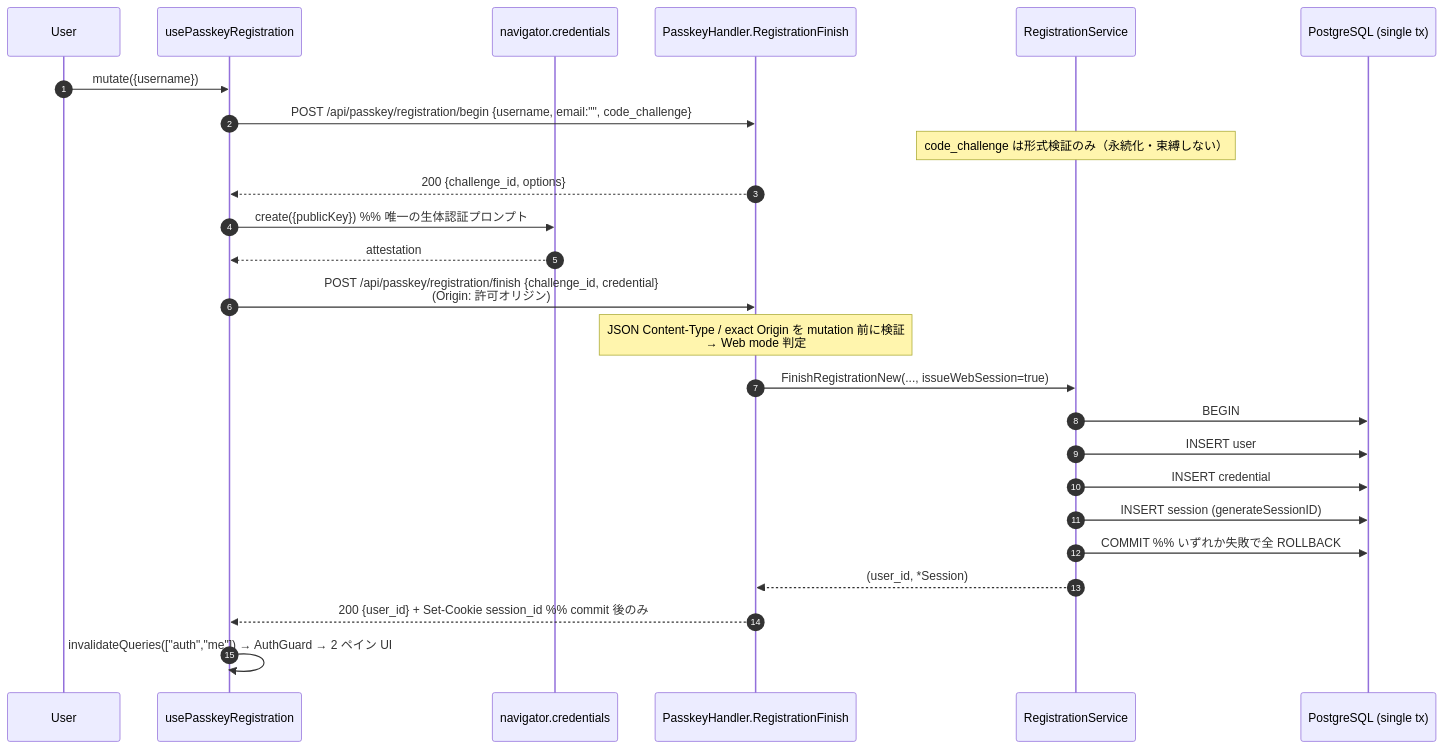
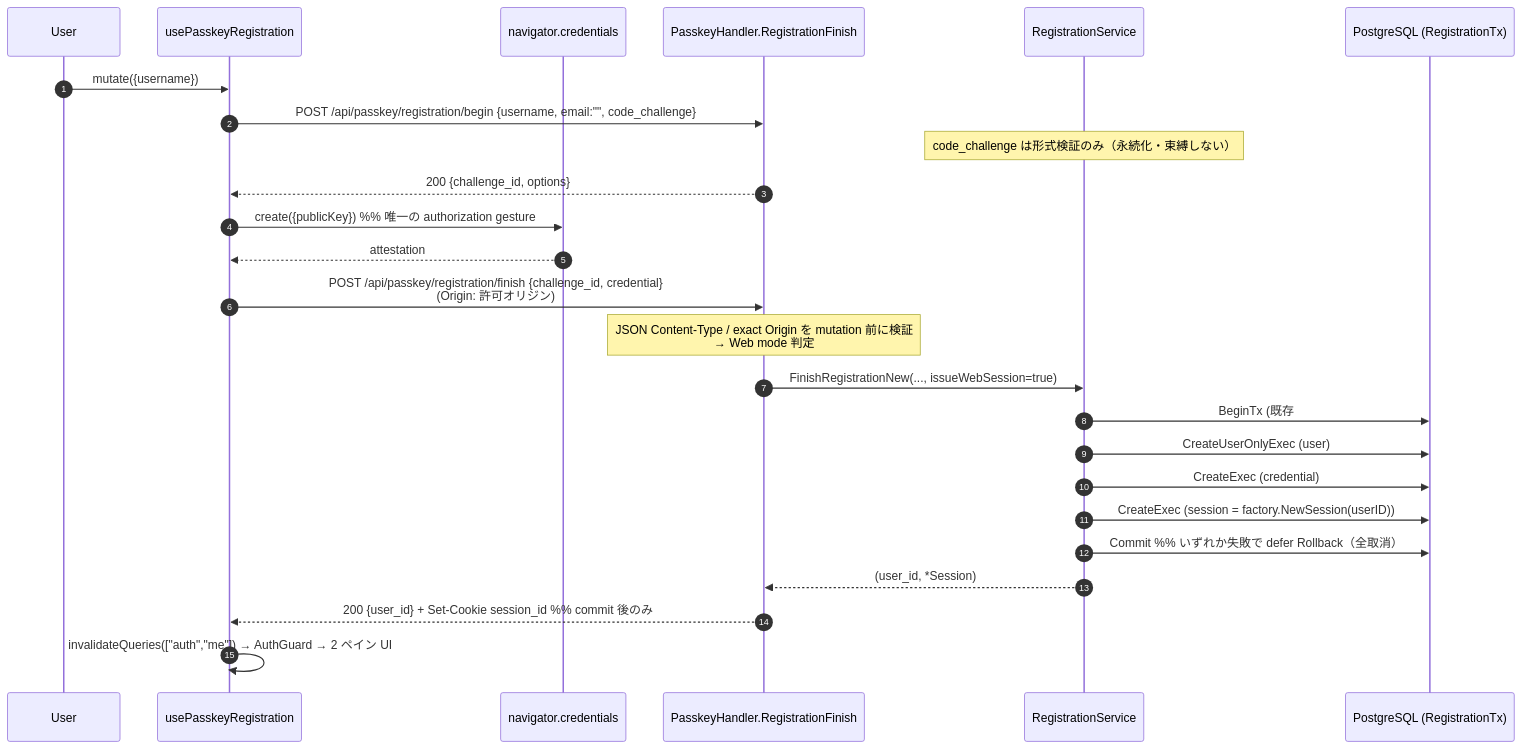
Before and after one commit to hitoshiichikawa/feedman: the second of 3 diagrams in docs/specs/231-design-web-auth/design.md, drawn with Mermaid. The commit also changed other lines of this file and 2 other files, not shown here.

First line of the commit message:
docs(specs): #231 round2 レビュー反映 - #230 tx 再利用・session factory・config fail-closed 到達可能化

````diff
--- a/docs/specs/231-design-web-auth/design.md
+++ b/docs/specs/231-design-web-auth/design.md
@@ -352,27 +335,27 @@
 ```mermaid
 sequenceDiagram
     autonumber
     participant U as User
     participant HR as usePasskeyRegistration
     participant NC as navigator.credentials
     participant PH as PasskeyHandler.RegistrationFinish
     participant RS as RegistrationService
-    participant DB as PostgreSQL (single tx)
+    participant DB as PostgreSQL (RegistrationTx)
     U->>HR: mutate({username})
     HR->>PH: POST /api/passkey/registration/begin {username, email:"", code_challenge}
     Note over RS: code_challenge は形式検証のみ（永続化・束縛しない）
     PH-->>HR: 200 {challenge_id, options}
-    HR->>NC: create({publicKey})  %% 唯一の生体認証プロンプト
+    HR->>NC: create({publicKey})  %% 唯一の authorization gesture
     NC-->>HR: attestation
     HR->>PH: POST /api/passkey/registration/finish {challenge_id, credential}<br/>(Origin: 許可オリジン)
     Note over PH: JSON Content-Type / exact Origin を mutation 前に検証<br/>→ Web mode 判定
     PH->>RS: FinishRegistrationNew(..., issueWebSession=true)
-    RS->>DB: BEGIN
-    RS->>DB: INSERT user
-    RS->>DB: INSERT credential
-    RS->>DB: INSERT session (generateSessionID)
-    RS->>DB: COMMIT  %% いずれか失敗で全 ROLLBACK
+    RS->>DB: BeginTx (既存 #230 txBeginner)
+    RS->>DB: CreateUserOnlyExec (user)
+    RS->>DB: CreateExec (credential)
+    RS->>DB: CreateExec (session = factory.NewSession(userID))
+    RS->>DB: Commit  %% いずれか失敗で defer Rollback（全取消）
     RS-->>PH: (user_id, *Session)
     PH-->>HR: 200 {user_id} + Set-Cookie session_id  %% commit 後のみ
     HR->>HR: invalidateQueries(["auth","me"]) → AuthGuard → 2 ペイン UI
 ```
````
